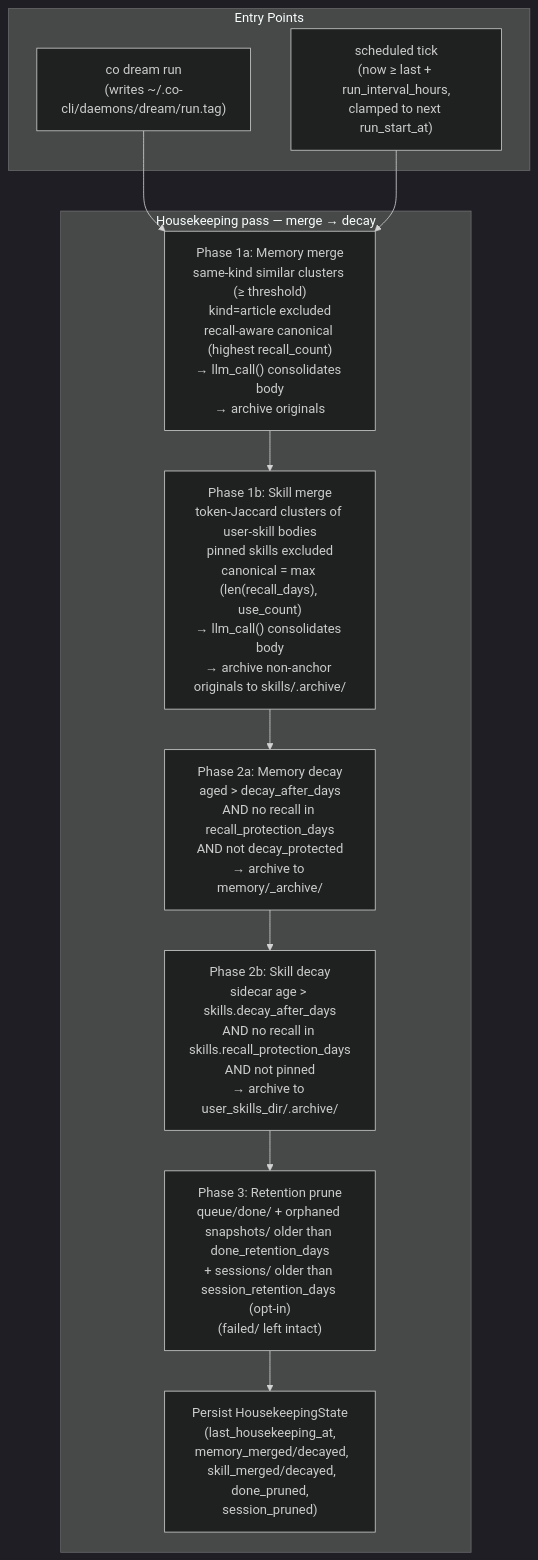
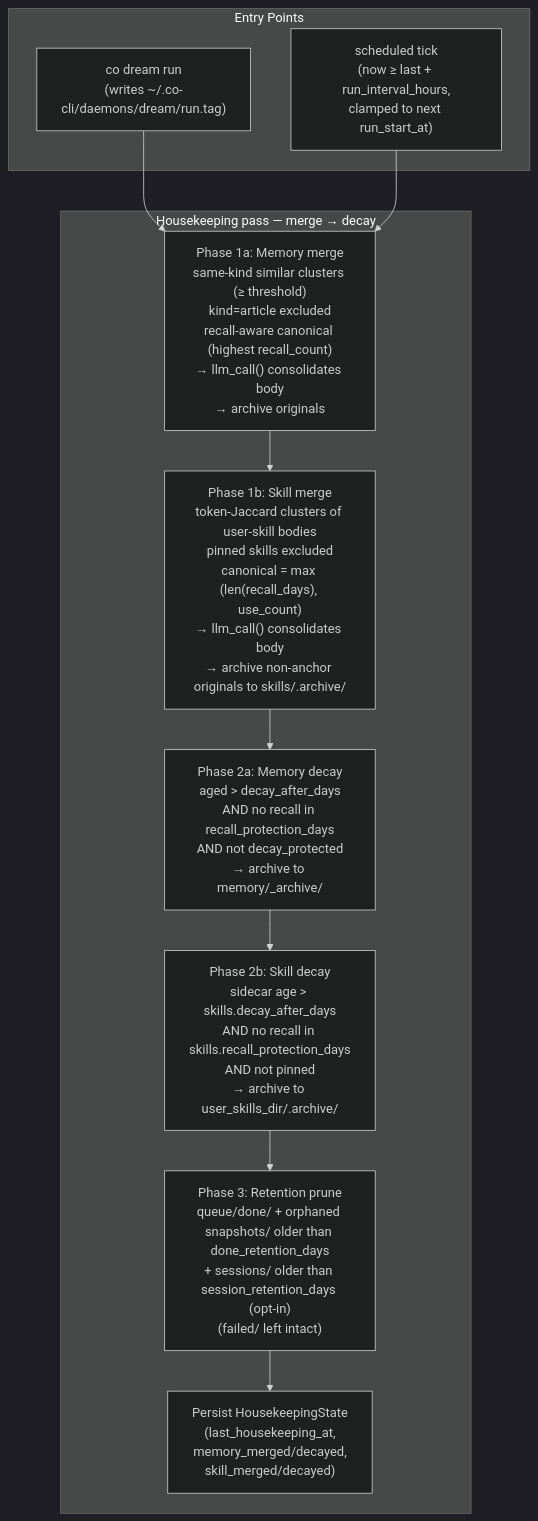
The diagram in docs/specs/dream.md (binlecode/co-cli), drawn with Mermaid (dark theme) before and after one commit. The commit also changed other lines of this file and 13 other files, not shown here.

````diff
--- a/docs/specs/dream.md
+++ b/docs/specs/dream.md
@@ -291,24 +291,24 @@
 ```mermaid
 flowchart TD
     subgraph Entry["Entry Points"]
         Manual["co dream run\n(writes ~/.co-cli/daemons/dream/run.tag)"]
         Auto["scheduled tick\n(now ≥ last + run_interval_hours,\nclamped to next run_start_at)"]
     end
 
     subgraph Pass["Housekeeping pass — merge → decay"]
         MemMerge["Phase 1a: Memory merge\nsame-kind similar clusters (≥ threshold)\nkind=article excluded\nrecall-aware canonical (highest recall_count)\n→ llm_call() consolidates body\n→ archive originals"]
         SkillMerge["Phase 1b: Skill merge\ntoken-Jaccard clusters of user-skill bodies\npinned skills excluded\ncanonical = max (len(recall_days), use_count)\n→ llm_call() consolidates body\n→ archive non-anchor originals to skills/.archive/"]
         MemDecay["Phase 2a: Memory decay\naged > decay_after_days\nAND no recall in recall_protection_days\nAND not decay_protected\n→ archive to memory/_archive/"]
         SkillDecay["Phase 2b: Skill decay\nsidecar age > skills.decay_after_days\nAND no recall in skills.recall_protection_days\nAND not pinned\n→ archive to user_skills_dir/.archive/"]
         Prune["Phase 3: Retention prune\nqueue/done/ + orphaned snapshots/ older than done_retention_days\n+ sessions/ older than session_retention_days (opt-in)\n(failed/ left intact)"]
-        State["Persist HousekeepingState\n(last_housekeeping_at,\n memory_merged/decayed,\n skill_merged/decayed,\n done_pruned, session_pruned)"]
+        State["Persist HousekeepingState\n(last_housekeeping_at,\n memory_merged/decayed,\n skill_merged/decayed)"]
     end
 
     Manual --> MemMerge
     Auto --> MemMerge
     MemMerge --> SkillMerge
     SkillMerge --> MemDecay
     MemDecay --> SkillDecay
     SkillDecay --> Prune
     Prune --> State
 ```
````
